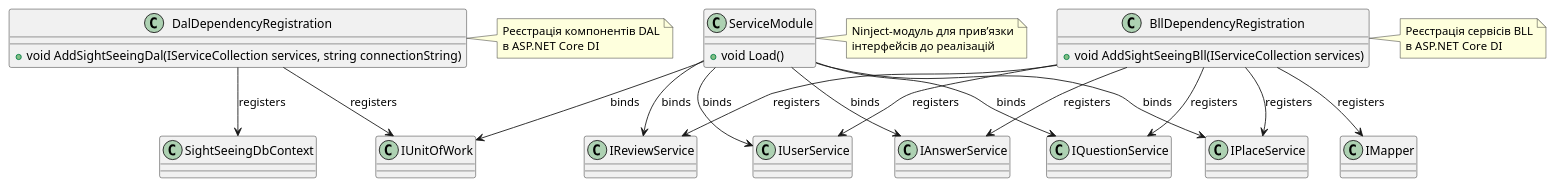
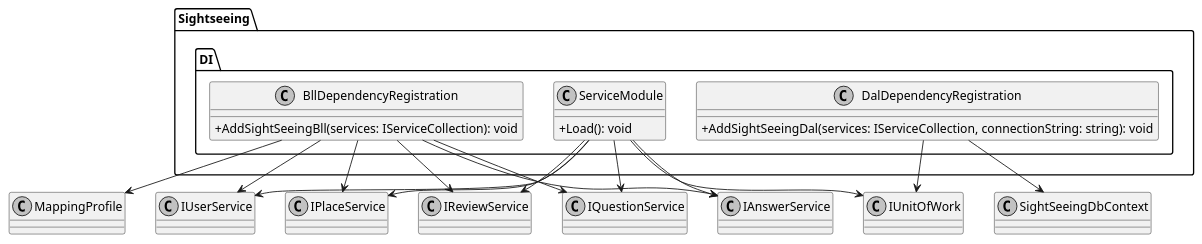
One commit to Vadz-Danil/Lab4Appz changed the diagram in Sightseeing.WEB/Diagram DI.puml. Above: the diagram before and after it, drawn with PlantUML. The commit also changed 6 other files, not shown here.

Commit message:
Add UML Diagrams

```diff
--- a/Sightseeing.WEB/Diagram DI.puml
+++ b/Sightseeing.WEB/Diagram DI.puml
@@ -1,47 +1,38 @@
-@startuml DI
+@startuml
 
-class ServiceModule {
-    +void Load()
+skinparam monochrome true
+skinparam classAttributeIconSize 0
+
+package "Sightseeing.DI" {
+  class BllDependencyRegistration {
+    +AddSightSeeingBll(services: IServiceCollection): void
+  }
+
+  class DalDependencyRegistration {
+    +AddSightSeeingDal(services: IServiceCollection, connectionString: string): void
+  }
+
+  class ServiceModule {
+    +Load(): void
+  }
 }
 
-class BllDependencyRegistration {
-    +void AddSightSeeingBll(IServiceCollection services)
-}
+' Dependencies
+BllDependencyRegistration --> IUserService
+BllDependencyRegistration --> IPlaceService
+BllDependencyRegistration --> IReviewService
+BllDependencyRegistration --> IQuestionService
+BllDependencyRegistration --> IAnswerService
+BllDependencyRegistration --> MappingProfile
 
-class DalDependencyRegistration {
-    +void AddSightSeeingDal(IServiceCollection services, string connectionString)
-}
+DalDependencyRegistration --> SightSeeingDbContext
+DalDependencyRegistration --> IUnitOfWork
 
-ServiceModule --> IUnitOfWork : binds
-ServiceModule --> IUserService : binds
-ServiceModule --> IPlaceService : binds
-ServiceModule --> IReviewService : binds
-ServiceModule --> IQuestionService : binds
-ServiceModule --> IAnswerService : binds
-
-BllDependencyRegistration --> IUserService : registers
-BllDependencyRegistration --> IPlaceService : registers
-BllDependencyRegistration --> IReviewService : registers
-BllDependencyRegistration --> IQuestionService : registers
-BllDependencyRegistration --> IAnswerService : registers
-BllDependencyRegistration --> IMapper : registers
-
-DalDependencyRegistration --> IUnitOfWork : registers
-DalDependencyRegistration --> SightSeeingDbContext : registers
-
-note right of ServiceModule
-  Ninject-модуль для прив’язки
-  інтерфейсів до реалізацій
-end note
-
-note right of BllDependencyRegistration
-  Реєстрація сервісів BLL
-  в ASP.NET Core DI
-end note
-
-note right of DalDependencyRegistration
-  Реєстрація компонентів DAL
-  в ASP.NET Core DI
-end note
+ServiceModule --> IUnitOfWork
+ServiceModule --> IUserService
+ServiceModule --> IPlaceService
+ServiceModule --> IReviewService
+ServiceModule --> IQuestionService
+ServiceModule --> IAnswerService
 
 @enduml
```
